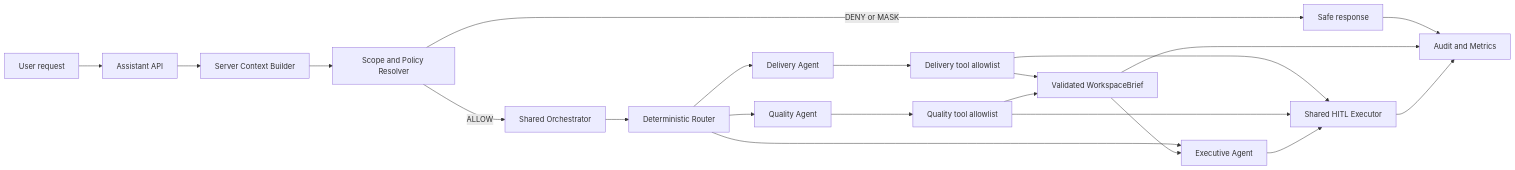
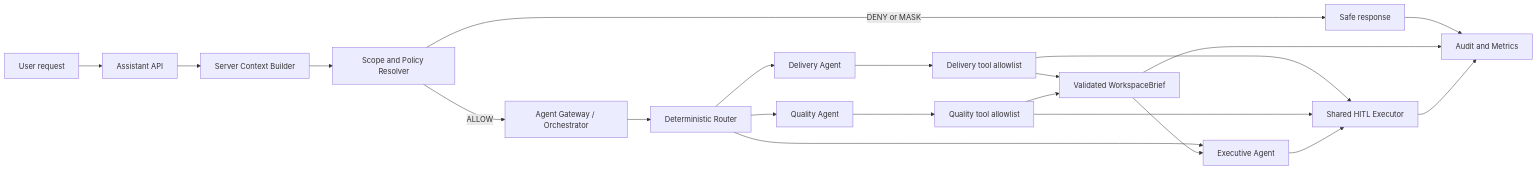
One commit to TueLT/Build-to-deploy changed the first of 3 diagrams in docs/MULTI_AGENT_IMPLEMENTATION_PLAN.md. Above: the diagram before and after it, drawn with Mermaid. The commit also changed other lines of this file and 275 other files, not shown here.

````diff
--- a/docs/MULTI_AGENT_IMPLEMENTATION_PLAN.md
+++ b/docs/MULTI_AGENT_IMPLEMENTATION_PLAN.md
@@ -100,23 +111,23 @@
 ```mermaid
 flowchart LR
     U[User request] --> API[Assistant API]
     API --> CB[Server Context Builder]
     CB --> POLICY[Scope and Policy Resolver]
     POLICY -->|DENY or MASK| SAFE[Safe response]
-    POLICY -->|ALLOW| ORC[Shared Orchestrator]
+    POLICY -->|ALLOW| ORC[Agent Gateway / Orchestrator]
     ORC --> ROUTER[Deterministic Router]
     ROUTER --> DA[Delivery Agent]
     ROUTER --> QA[Quality Agent]
     ROUTER --> EA[Executive Agent]
     DA --> DT[Delivery tool allowlist]
     QA --> QT[Quality tool allowlist]
     DT --> WB[Validated WorkspaceBrief]
     QT --> WB
     WB --> EA
     DT --> HITL[Shared HITL Executor]
     QT --> HITL
     EA --> HITL
     SAFE --> AUDIT[Audit and Metrics]
     WB --> AUDIT
     HITL --> AUDIT
 ```
````
